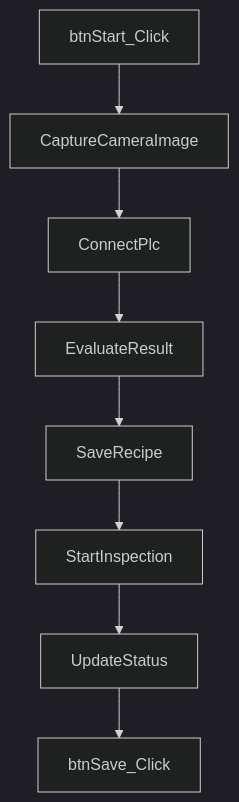
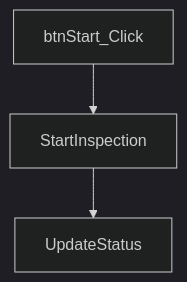
One commit to SakiKiaya/skills changed the second of 2 diagrams in dotnet-gui-handover-skills/examples/vbnet-large-file-doc-test/docs/chunks/event_flows/0000_btnStart.Click_btnStart_Click.md. Above: the diagram before and after it, drawn with Mermaid (dark theme). The commit also changed other lines of this file and 280 other files, not shown here.

Commit message:
Refactor MainForm event documentation: update btnStart_Click and btnSave_Click methods, add maintenance notes and risk assessment

````diff
--- a/dotnet-gui-handover-skills/examples/vbnet-large-file-doc-test/docs/chunks/event_flows/0000_btnStart.Click_btnStart_Click.md
+++ b/dotnet-gui-handover-skills/examples/vbnet-large-file-doc-test/docs/chunks/event_flows/0000_btnStart.Click_btnStart_Click.md
@@ -43,11 +33,6 @@
 ```mermaid
 flowchart TD
   N0["btnStart_Click"]
-  N0 --> N1["CaptureCameraImage"]
-  N1 --> N2["ConnectPlc"]
-  N2 --> N3["EvaluateResult"]
-  N3 --> N4["SaveRecipe"]
-  N4 --> N5["StartInspection"]
-  N5 --> N6["UpdateStatus"]
-  N6 --> N7["btnSave_Click"]
+  N0 --> N1["StartInspection"]
+  N1 --> N2["UpdateStatus"]
 ```
````
